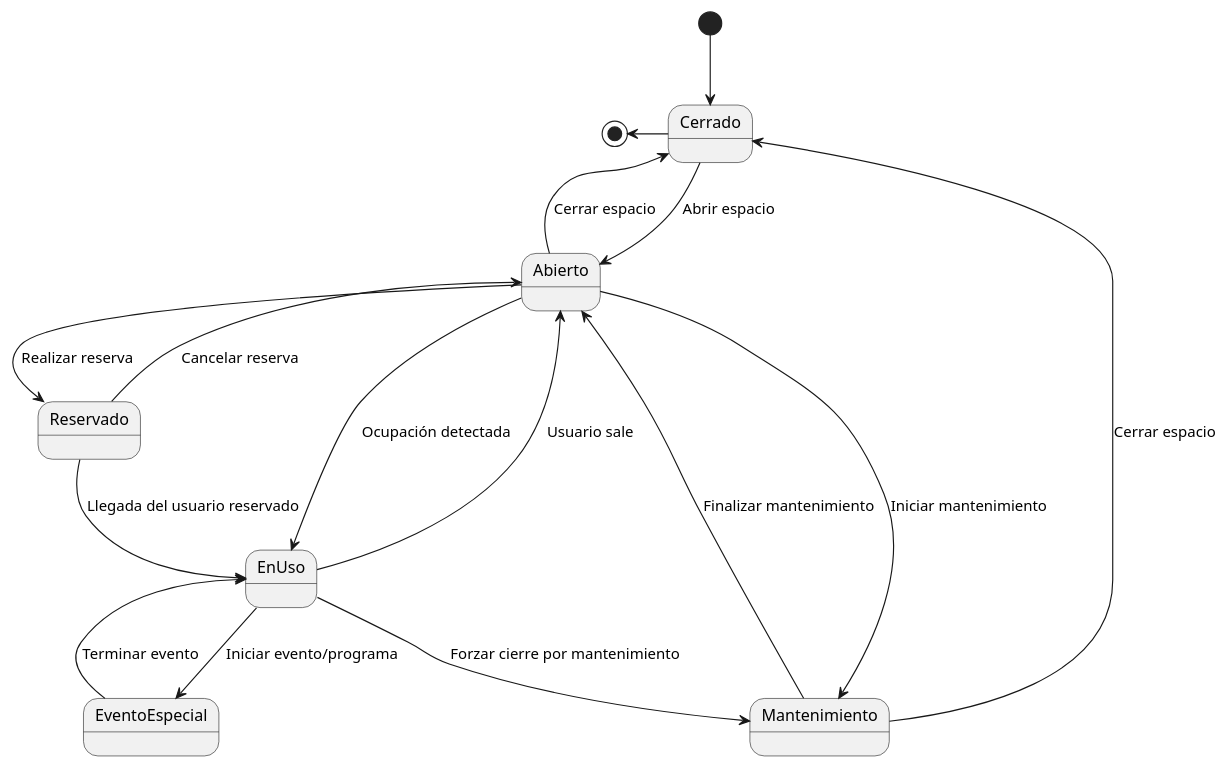
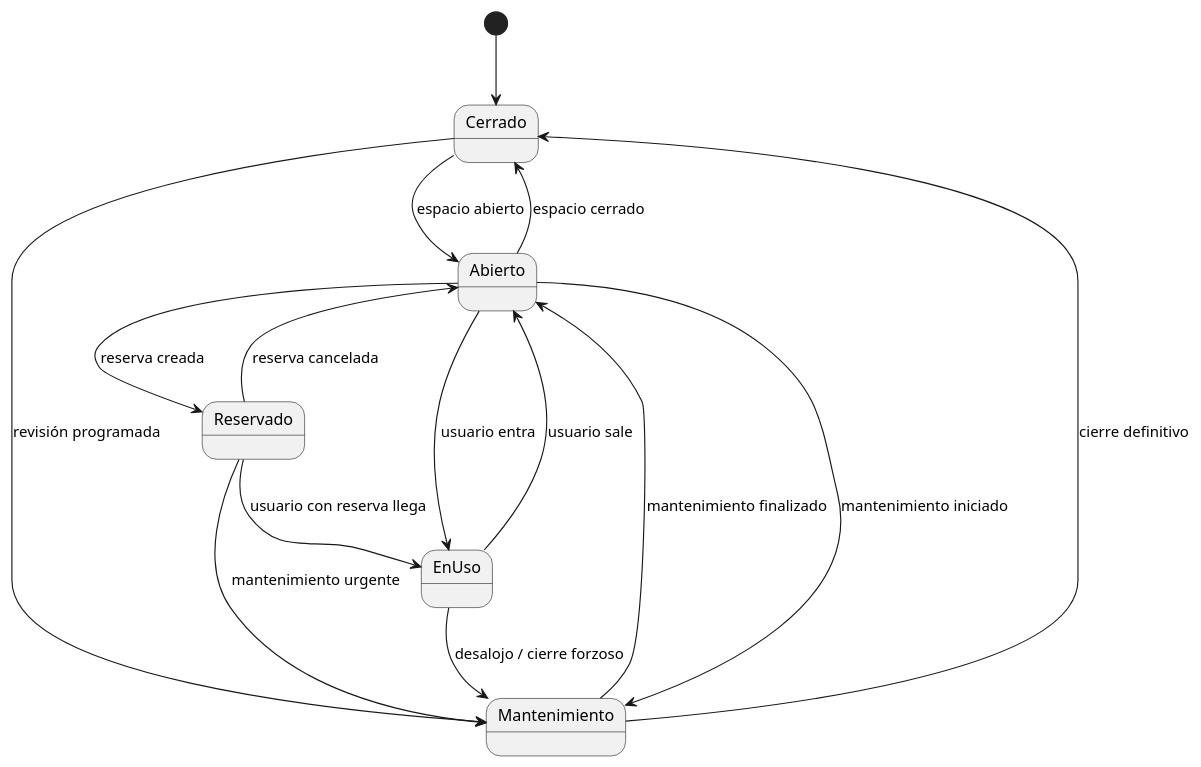
One commit to Camila-Lesly/25-26-idsw1-sdr changed the diagram in documentos/00-modeloDeDominio/DiagramaDeEstados/DdEEspacio/diagramaDeEstados.puml. Above: the diagram before and after it, drawn with PlantUML.

Commit message:
fix: refinación del diagrama de estados del espacio

```diff
--- a/documentos/00-modeloDeDominio/DiagramaDeEstados/DdEEspacio/diagramaDeEstados.puml
+++ b/documentos/00-modeloDeDominio/DiagramaDeEstados/DdEEspacio/diagramaDeEstados.puml
@@ -1,26 +1,24 @@
 @startuml
 
 [*] --> Cerrado
 
-Cerrado --> Abierto : Abrir espacio
-Abierto --> Cerrado : Cerrar espacio
+Cerrado --> Abierto : espacio abierto
+Abierto --> Cerrado : espacio cerrado
 
-Abierto --> EnUso : Ocupación detectada
-EnUso --> Abierto : Usuario sale
+Abierto --> EnUso : usuario entra
+EnUso --> Abierto : usuario sale
 
-EnUso --> EventoEspecial : Iniciar evento/programa
-EventoEspecial --> EnUso : Terminar evento
+Abierto --> Reservado : reserva creada
+Reservado --> Abierto : reserva cancelada
+Reservado --> EnUso : usuario con reserva llega
 
-Abierto --> Mantenimiento : Iniciar mantenimiento
-EnUso --> Mantenimiento : Forzar cierre por mantenimiento
+Abierto --> Mantenimiento : mantenimiento iniciado
+EnUso --> Mantenimiento : desalojo / cierre forzoso
+Reservado --> Mantenimiento : mantenimiento urgente
 
-Mantenimiento --> Abierto : Finalizar mantenimiento
-Mantenimiento --> Cerrado : Cerrar espacio
+Mantenimiento --> Abierto : mantenimiento finalizado
+Mantenimiento --> Cerrado : cierre definitivo
 
-Abierto --> Reservado : Realizar reserva
-Reservado --> Abierto : Cancelar reserva
-Reservado --> EnUso : Llegada del usuario reservado
-
-[*] <-- Cerrado
+Cerrado --> Mantenimiento : revisión programada
 
 @enduml
```
